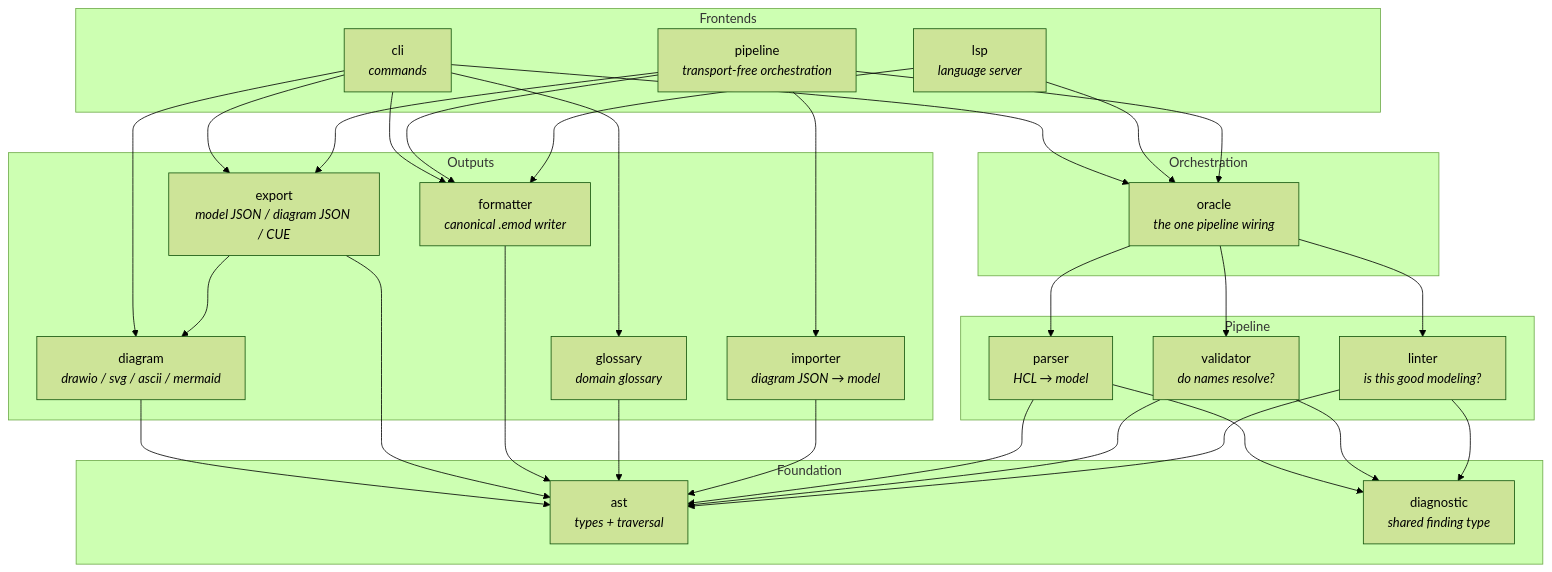
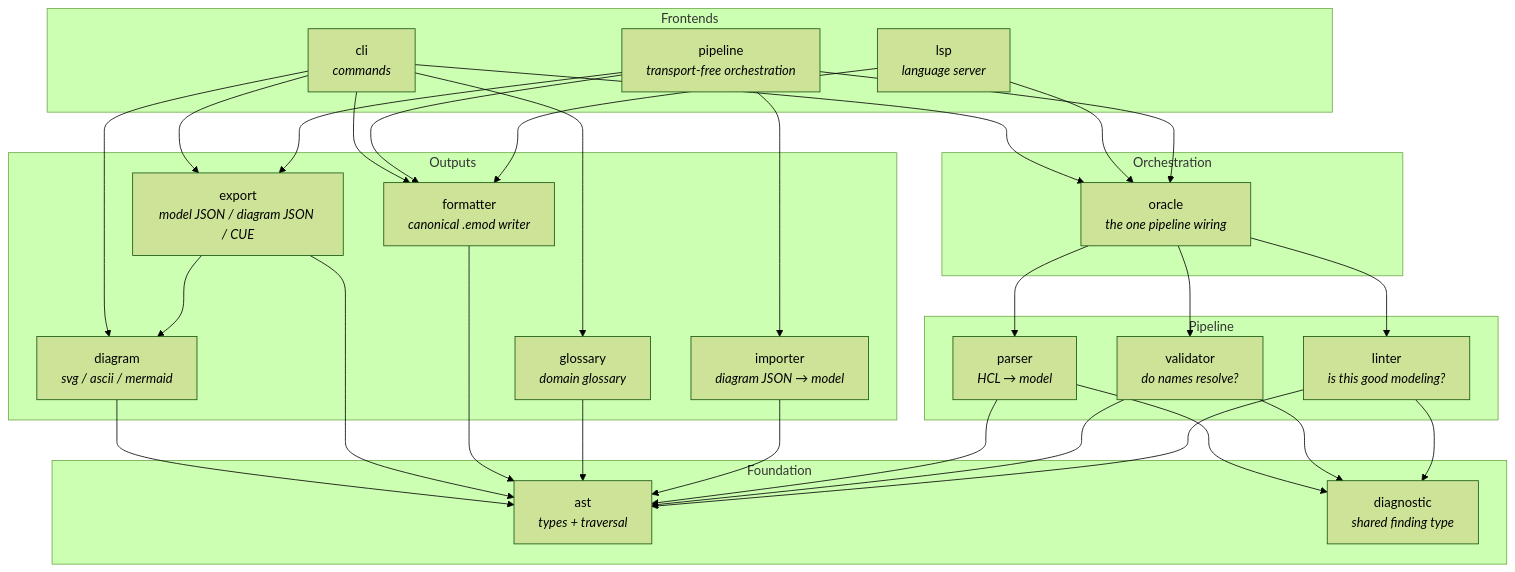
Before and after one commit to hpcsc/emod: the first of 4 diagrams in docs/architecture.md, drawn with Mermaid (forest theme). The commit also changed other lines of this file and 22 other files, not shown here.

First line of the commit message:
Remove the draw.io diagram format

````diff
--- a/docs/architecture.md
+++ b/docs/architecture.md
@@ -30,61 +30,61 @@
 ```mermaid
 graph TD
     subgraph Frontends
         cli[cli<br/><i>commands</i>]
         lsp[lsp<br/><i>language server</i>]
         pipeline[pipeline<br/><i>transport-free orchestration</i>]
     end
 
     subgraph Orchestration
         oracle[oracle<br/><i>the one pipeline wiring</i>]
     end
 
     subgraph Outputs
-        diagram[diagram<br/><i>drawio / svg / ascii / mermaid</i>]
+        diagram[diagram<br/><i>svg / ascii / mermaid</i>]
         export[export<br/><i>model JSON / diagram JSON / CUE</i>]
         formatter[formatter<br/><i>canonical .emod writer</i>]
         glossary[glossary<br/><i>domain glossary</i>]
         importer[importer<br/><i>diagram JSON → model</i>]
     end
 
     subgraph Pipeline
         parser[parser<br/><i>HCL → model</i>]
         validator[validator<br/><i>do names resolve?</i>]
         linter[linter<br/><i>is this good modeling?</i>]
     end
 
     subgraph Foundation
         ast[ast<br/><i>types + traversal</i>]
         diagnostic[diagnostic<br/><i>shared finding type</i>]
     end
 
     cli --> oracle
     lsp --> oracle
     pipeline --> oracle
     cli --> diagram
     cli --> export
     cli --> formatter
     cli --> glossary
     pipeline --> export
     pipeline --> importer
     pipeline --> formatter
     lsp --> formatter
 
     oracle --> parser
     oracle --> validator
     oracle --> linter
 
     export --> diagram
     diagram --> ast
     export --> ast
     formatter --> ast
     glossary --> ast
     importer --> ast
 
     parser --> diagnostic
     parser --> ast
     validator --> ast
     linter --> ast
     validator --> diagnostic
     linter --> diagnostic
 ```
````
